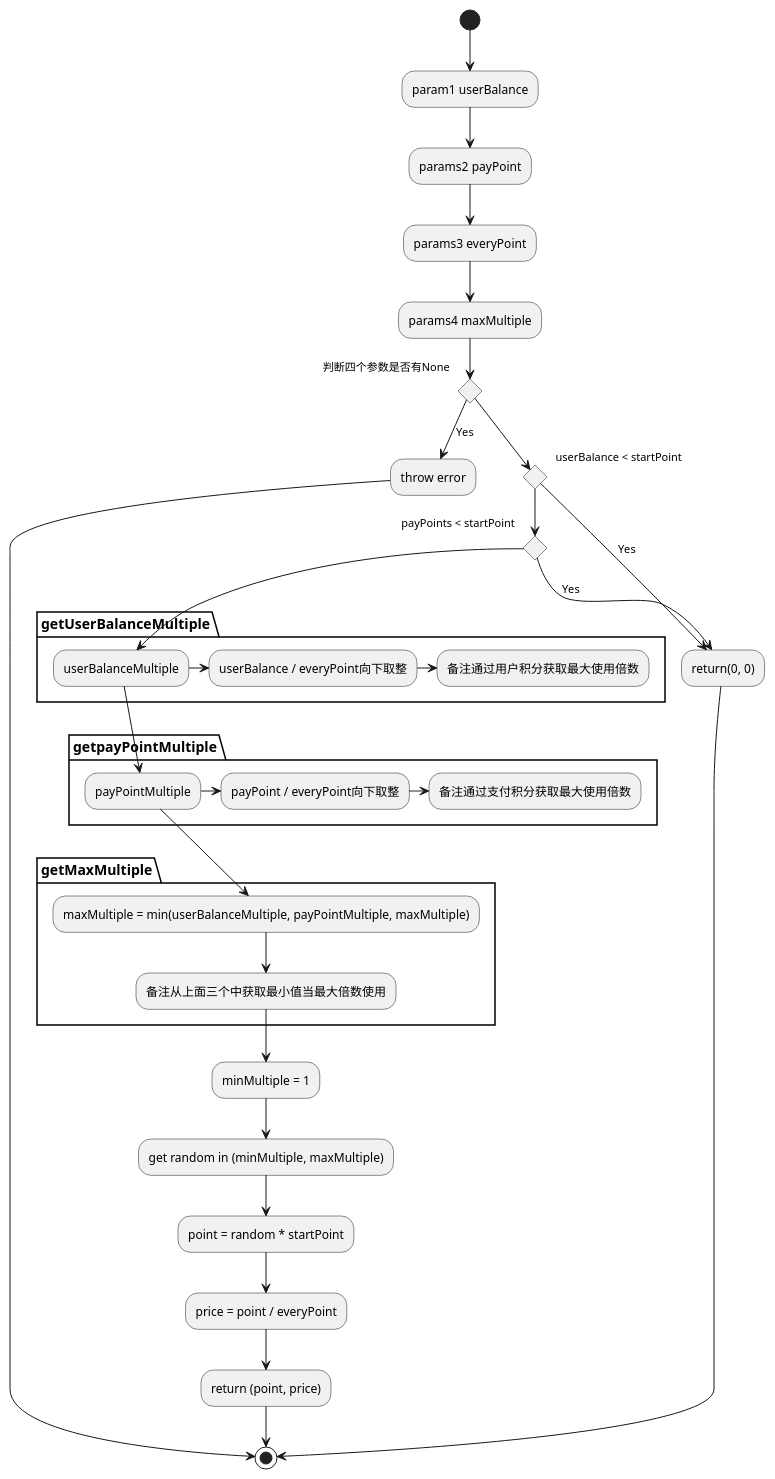
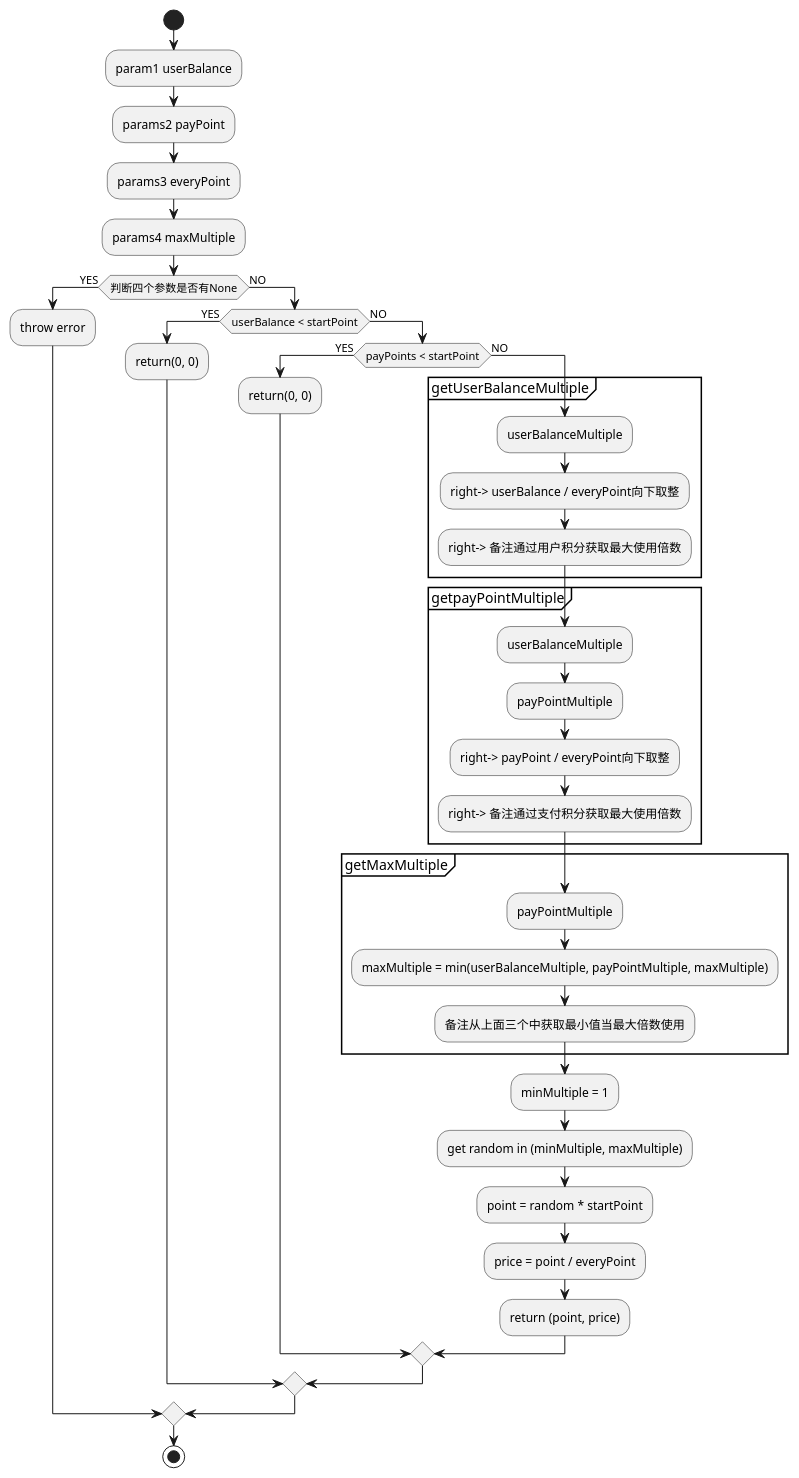
The diagram in point/multiple.puml (hezhengjian/liuchengtu), drawn with PlantUML before and after one commit. The commit also changed 5 other files, not shown here.

```diff
--- a/point/multiple.puml
+++ b/point/multiple.puml
@@ -1,37 +1,41 @@
-@startuml
-(*)-->param1 userBalance
--->params2 payPoint
--->params3 everyPoint
--->params4 maxMultiple
-if 判断四个参数是否有None
---> [Yes] throw error
---> (*)
-else
-if userBalance < startPoint then
---> [Yes] return(0, 0)
---> (*)
-else
-if payPoints < startPoint then
---> [Yes] return(0, 0)
-else 
-partition getUserBalanceMultiple {
---> userBalanceMultiple
--right-> userBalance / everyPoint向下取整
--right-> 备注通过用户积分获取最大使用倍数
-}
-partition getpayPointMultiple {
-userBalanceMultiple--> payPointMultiple
--right-> payPoint / everyPoint向下取整
--right-> 备注通过支付积分获取最大使用倍数
-}
-partition getMaxMultiple {
-payPointMultiple--> maxMultiple = min(userBalanceMultiple, payPointMultiple, maxMultiple)
---> 备注从上面三个中获取最小值当最大倍数使用
-}
---> minMultiple = 1
---> get random in (minMultiple, maxMultiple)
---> point = random * startPoint
---> price = point / everyPoint
---> return (point, price)
---> (*)
+@startuml Multiple
+start
+:param1 userBalance;
+:params2 payPoint;
+:params3 everyPoint;
+:params4 maxMultiple;
+if (判断四个参数是否有None) then (YES)
+  :throw error;
+else (NO)
+  if (userBalance < startPoint) then (YES)
+    :return(0, 0);
+  else (NO)
+    if (payPoints < startPoint) then (YES)
+      :return(0, 0);
+    else (NO)
+      partition getUserBalanceMultiple {
+        :userBalanceMultiple;
+        -right-> userBalance / everyPoint向下取整
+        -right-> 备注通过用户积分获取最大使用倍数
+      }
+      partition getpayPointMultiple {
+        :userBalanceMultiple;
+        :payPointMultiple;
+        -right-> payPoint / everyPoint向下取整
+        -right-> 备注通过支付积分获取最大使用倍数
+      }
+      partition getMaxMultiple {
+        :payPointMultiple;
+        :maxMultiple = min(userBalanceMultiple, payPointMultiple, maxMultiple);
+        :备注从上面三个中获取最小值当最大倍数使用;
+      }
+      :minMultiple = 1;
+      :get random in (minMultiple, maxMultiple);
+      :point = random * startPoint;
+      :price = point / everyPoint;
+      :return (point, price);
+    endif
+  endif
+endif
+stop
 @enduml
```
